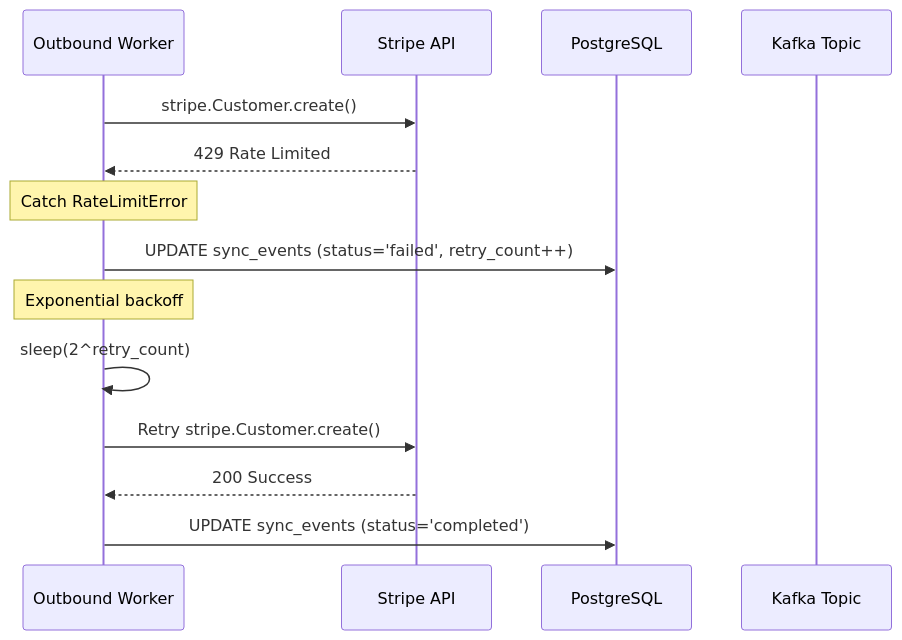
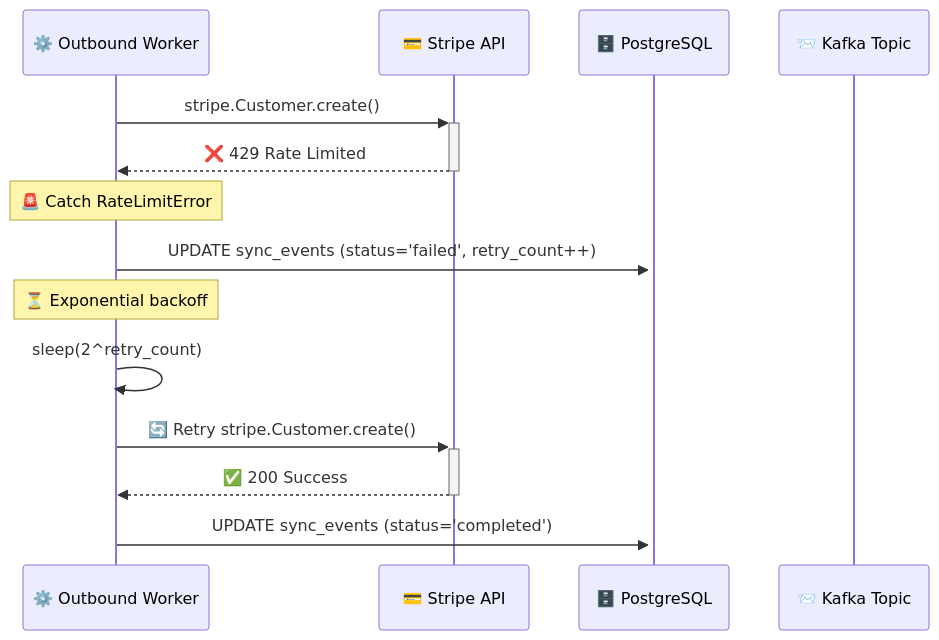
The sixth of 6 diagrams in README.md (Shashankpantiitbhilai/SyncFlow), drawn with Mermaid before and after one commit. The commit also changed other lines of this file, not shown here.

````diff
--- a/README.md
+++ b/README.md
@@ -445,21 +388,21 @@
 ```mermaid
 sequenceDiagram
-    participant OW as Outbound Worker
-    participant S as Stripe API
-    participant DB as PostgreSQL
-    participant KT as Kafka Topic
+    participant OW as ⚙️ Outbound Worker
+    participant S as 💳 Stripe API
+    participant DB as 🗄️ PostgreSQL
+    participant KT as 📨 Kafka Topic
 
-    OW->>S: stripe.Customer.create()
-    S-->>OW: 429 Rate Limited
+    OW->>+S: stripe.Customer.create()
+    S-->>-OW: ❌ 429 Rate Limited
     
-    Note over OW: Catch RateLimitError
-    OW->>DB: UPDATE sync_events (status='failed', retry_count++)
+    Note over OW: 🚨 Catch RateLimitError
+    OW->>+DB: UPDATE sync_events (status='failed', retry_count++)
     
-    Note over OW: Exponential backoff
+    Note over OW: ⏳ Exponential backoff
     OW->>OW: sleep(2^retry_count)
     
-    OW->>S: Retry stripe.Customer.create()
-    S-->>OW: 200 Success
+    OW->>+S: 🔄 Retry stripe.Customer.create()
+    S-->>-OW: ✅ 200 Success
     
-    OW->>DB: UPDATE sync_events (status='completed')
+    OW->>+DB: UPDATE sync_events (status='completed')
 ```
````
